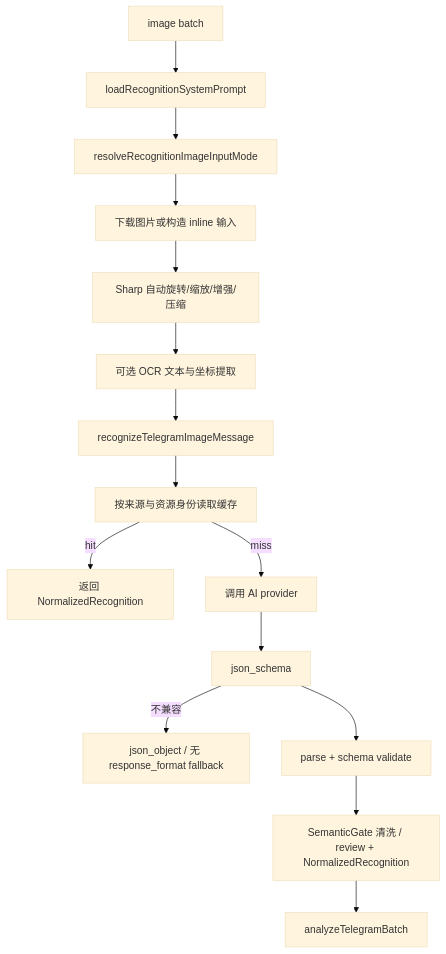
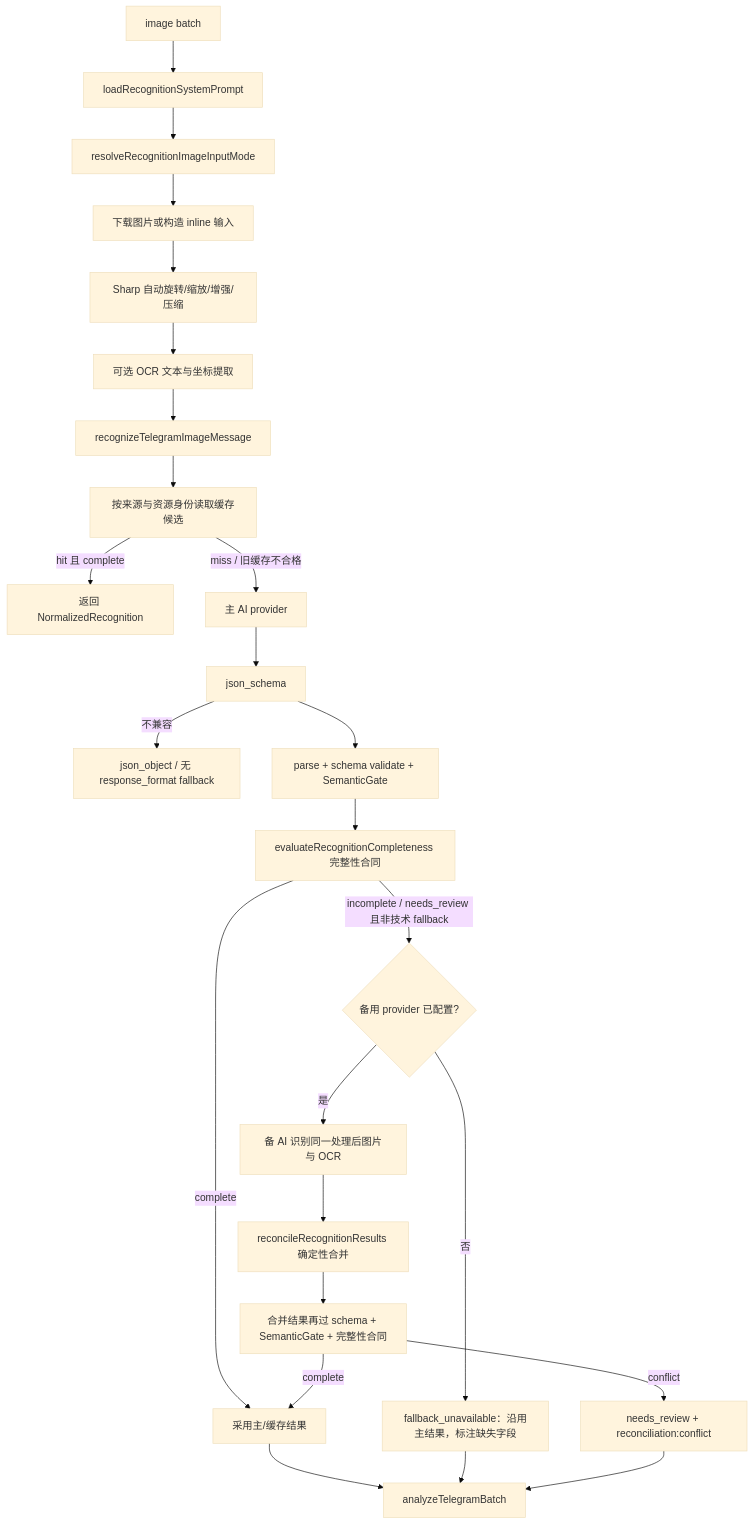
One commit to soulgo/training_records changed the diagram in docs/02_系统核心逻辑/图片识别逻辑.md. Above: the diagram before and after it, drawn with Mermaid (base theme). The commit also changed other lines of this file and 50 other files, not shown here.

````diff
--- a/docs/02_系统核心逻辑/图片识别逻辑.md
+++ b/docs/02_系统核心逻辑/图片识别逻辑.md
@@ -5,17 +5,27 @@
 ```mermaid
 flowchart TD
   A[image batch] --> B[loadRecognitionSystemPrompt]
   B --> C[resolveRecognitionImageInputMode]
   C --> D[下载图片或构造 inline 输入]
   D --> E[Sharp 自动旋转/缩放/增强/压缩]
   E --> F[可选 OCR 文本与坐标提取]
   F --> G[recognizeTelegramImageMessage]
-  G --> H[按来源与资源身份读取缓存]
-  H -->|hit| I[返回 NormalizedRecognition]
-  H -->|miss| J[调用 AI provider]
+  G --> H[按来源与资源身份读取缓存候选]
+  H -->|hit 且 complete| I[返回 NormalizedRecognition]
+  H -->|miss / 旧缓存不合格| J[主 AI provider]
   J --> K[json_schema]
   K -->|不兼容| L[json_object / 无 response_format fallback]
-  K --> M[parse + schema validate]
-  M --> N[SemanticGate 清洗 / review + NormalizedRecognition]
-  N --> O[analyzeTelegramBatch]
+  K --> M[parse + schema validate + SemanticGate]
+  M --> N[evaluateRecognitionCompleteness 完整性合同]
+  N -->|complete| P[采用主/缓存结果]
+  N -->|incomplete / needs_review 且非技术 fallback| Q{备用 provider 已配置?}
+  Q -->|否| R[fallback_unavailable：沿用主结果，标注缺失字段]
+  Q -->|是| S[备 AI 识别同一处理后图片与 OCR]
+  S --> T[reconcileRecognitionResults 确定性合并]
+  T --> U[合并结果再过 schema + SemanticGate + 完整性合同]
+  U -->|complete| P
+  U -->|conflict| V[needs_review + reconciliation:conflict]
+  P --> O[analyzeTelegramBatch]
+  R --> O
+  V --> O
 ```
````
